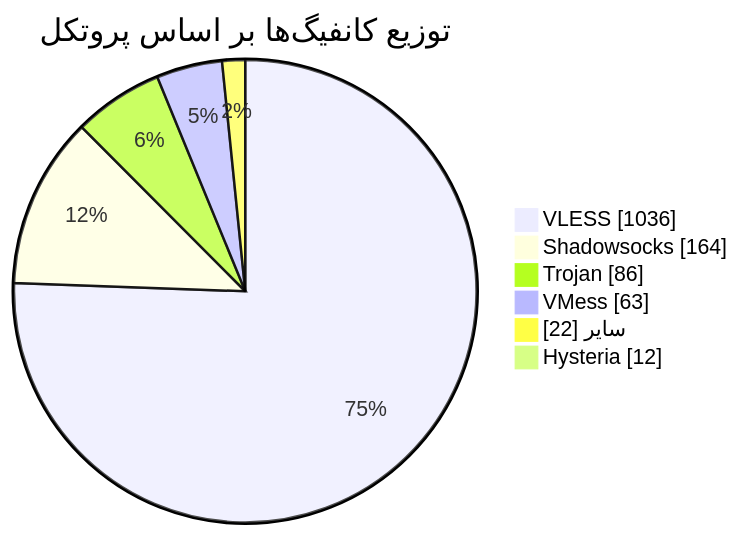
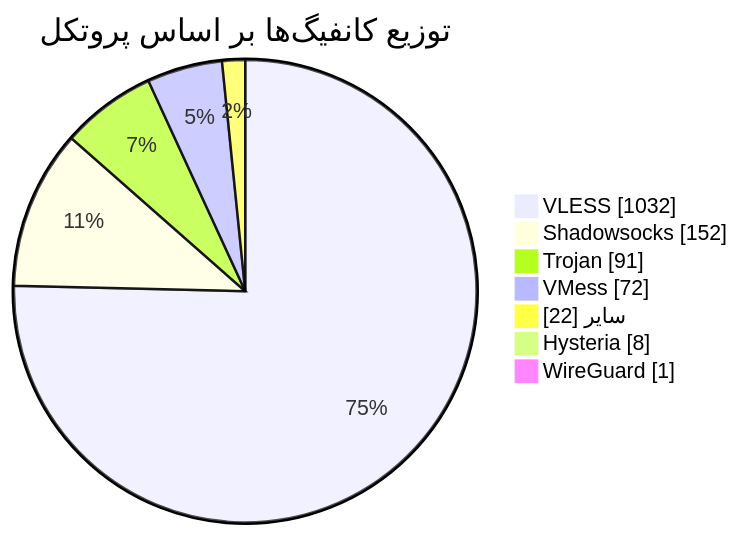
One commit to Arian-Alijani/Somthing changed the diagram in README.md. Above: the diagram before and after it, drawn with Mermaid. The commit also changed other lines of this file and 103 other files, not shown here.

````diff
--- a/README.md
+++ b/README.md
@@ -50,10 +51,11 @@
 ```mermaid
 pie showData
     title توزیع کانفیگ‌ها بر اساس پروتکل
-    "VLESS" : 1036
-    "Shadowsocks" : 164
-    "Trojan" : 86
-    "VMess" : 63
+    "VLESS" : 1032
+    "Shadowsocks" : 152
+    "Trojan" : 91
+    "VMess" : 72
     "سایر" : 22
-    "Hysteria" : 12
+    "Hysteria" : 8
+    "WireGuard" : 1
 ```
````
